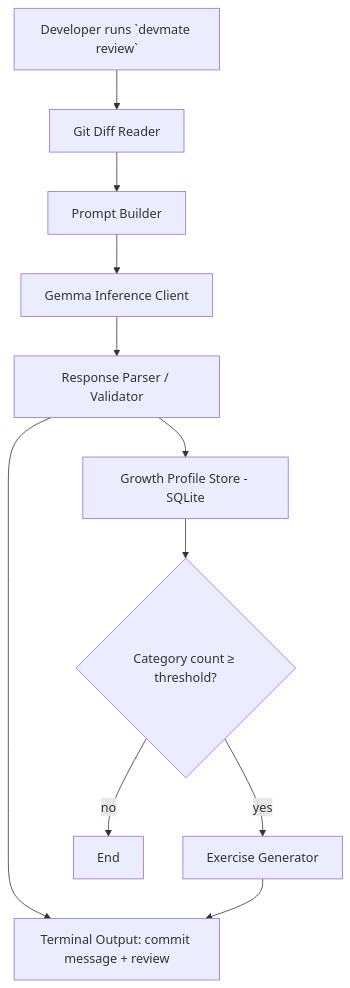
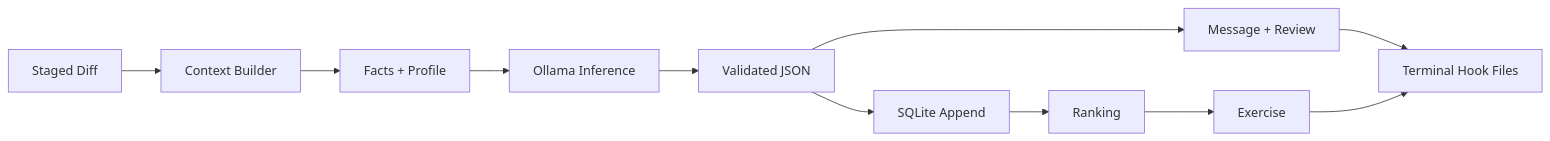
One commit to Ansh-gajbhiye/DevMate changed the second of 3 diagrams in README.md. Above: the diagram before and after it, drawn with Mermaid. The commit also changed other lines of this file, not shown here.

Commit message:
Qualifier submission: DevMate local-first offline developer assistant proposal

````diff
--- a/README.md
+++ b/README.md
@@ -67,13 +123,13 @@
 ```mermaid
-flowchart TD
-    A[Developer runs `devmate review`] --> B[Git Diff Reader]
-    B --> C[Prompt Builder]
-    C --> D[Gemma Inference Client]
-    D --> E[Response Parser / Validator]
-    E --> F[Terminal Output: commit message + review]
-    E --> G[Growth Profile Store - SQLite]
-    G --> H{Category count ≥ threshold?}
-    H -- yes --> I[Exercise Generator]
-    H -- no --> J[End]
-    I --> F
+flowchart LR
+    A[Staged Diff] --> B[Context Builder]
+    B --> C[Facts + Profile]
+    C --> D[Ollama Inference]
+    D --> E[Validated JSON]
+    E --> F[Message + Review]
+    E --> G[SQLite Append]
+    G --> H[Ranking]
+    H --> I[Exercise]
+    F --> J[Terminal Hook Files]
+    I --> J
 ```
````
